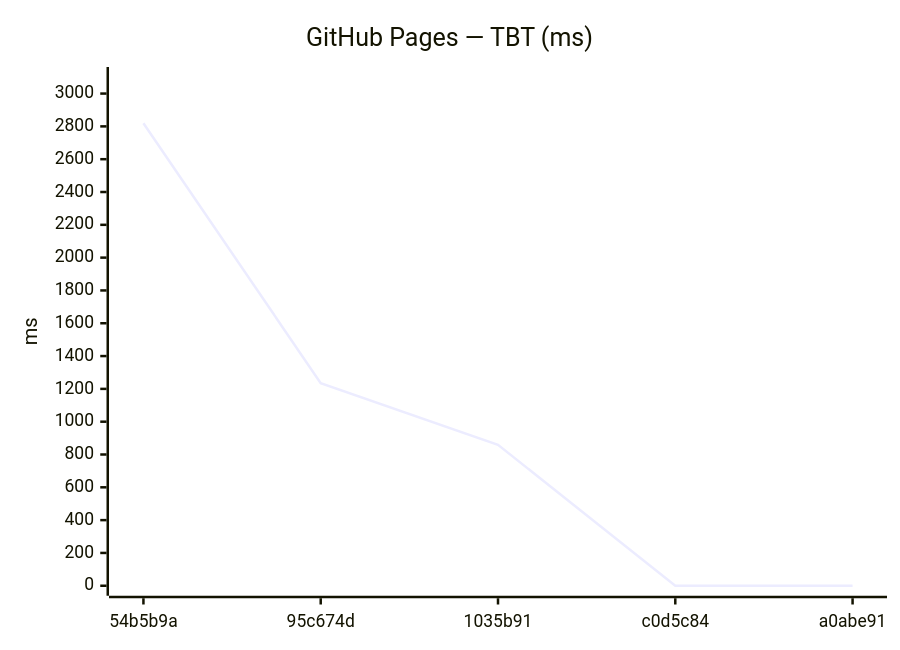
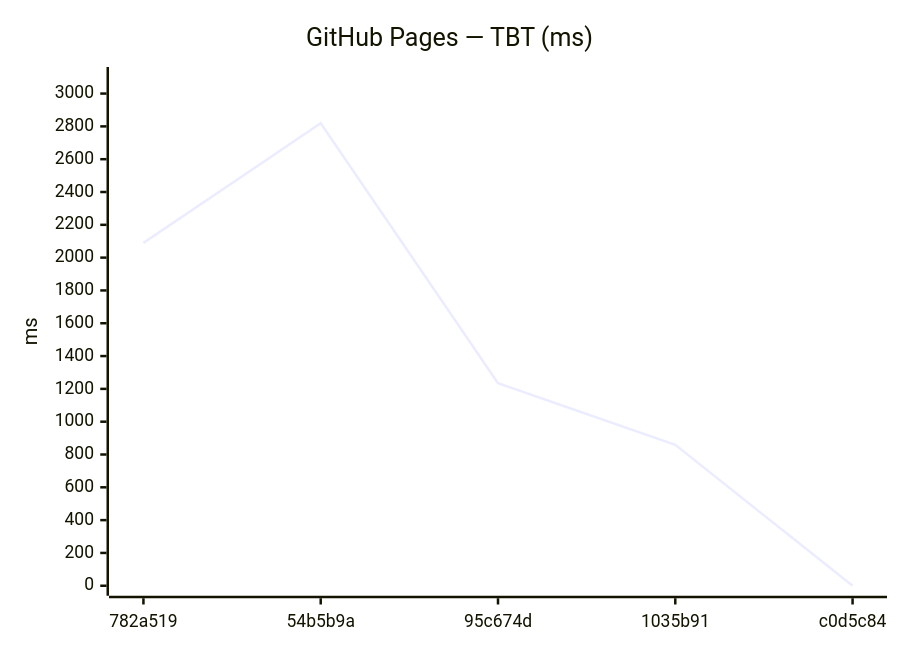
Before and after one commit to Metaheurist/Rianell: the tenth of 18 diagrams in benchmarks/compare.md, drawn with Mermaid. The commit also changed other lines of this file and 11 other files, not shown here.

````diff
--- a/benchmarks/compare.md
+++ b/benchmarks/compare.md
@@ -149,7 +149,7 @@
 ```mermaid
 xychart-beta
     title "GitHub Pages — TBT (ms)"
-    x-axis ["54b5b9a", "95c674d", "1035b91", "c0d5c84", "a0abe91"]
+    x-axis ["782a519", "54b5b9a", "95c674d", "1035b91", "c0d5c84"]
     y-axis "ms" 0 --> 3101
-    line [2819, 1235, 859, 0, 0]
+    line [2090, 2819, 1235, 859, 0]
 ```
````
